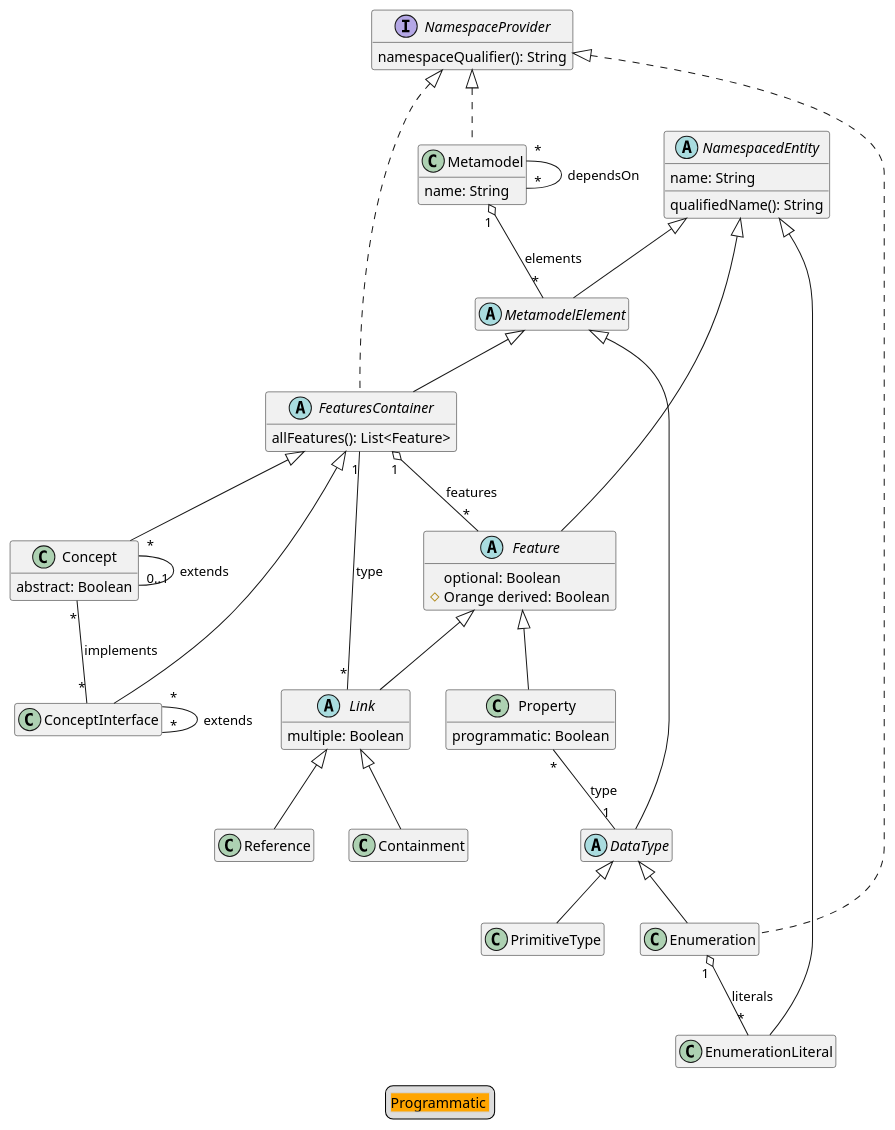
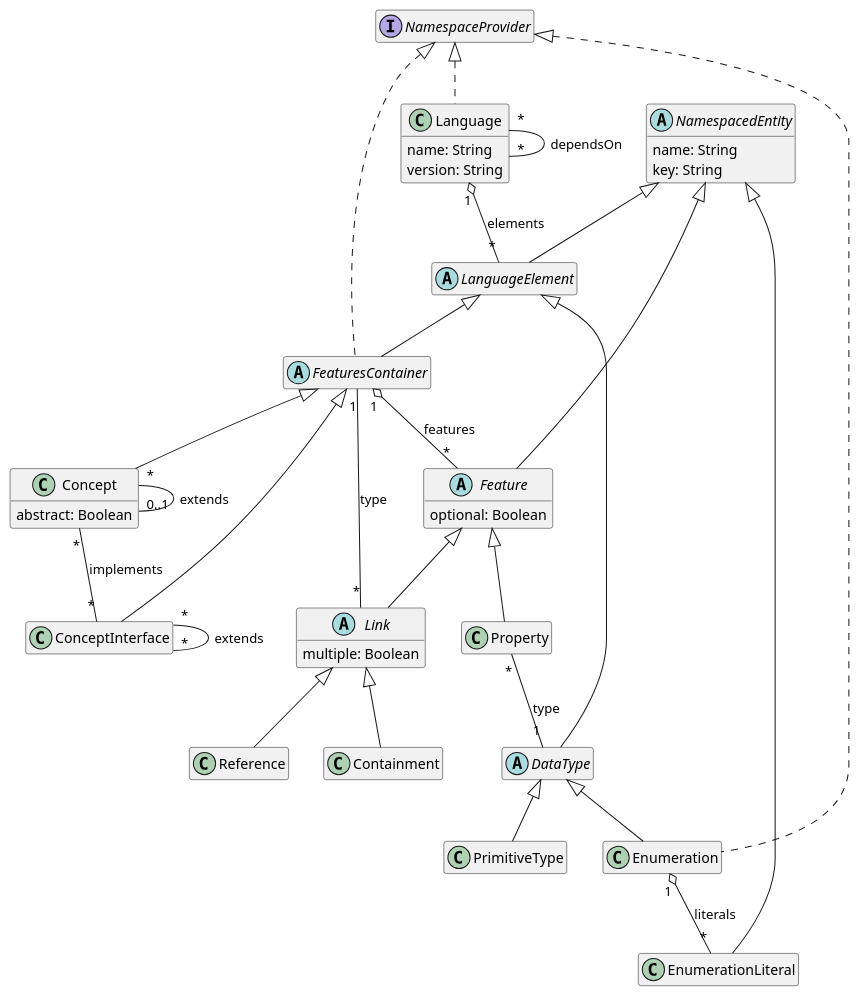
The diagram in diagrams/metametamodel-gen.puml (LionWeb-io/lionweb-typescript), drawn with PlantUML before and after one commit. The commit also changed 58 other files, not shown here.

```diff
--- a/diagrams/metametamodel-gen.puml
+++ b/diagrams/metametamodel-gen.puml
@@ -1,83 +1,73 @@
 @startuml
 hide empty members
 
 ' qualified name: "LIonCore.M3"
 
 
 class Concept extends FeaturesContainer {
   abstract: Boolean
 }
 
 class ConceptInterface extends FeaturesContainer
 
 class Containment extends Link
 
-abstract class DataType extends MetamodelElement
+abstract class DataType extends LanguageElement
 
 class Enumeration extends DataType implements NamespaceProvider
 
 class EnumerationLiteral extends NamespacedEntity
 
 abstract class Feature extends NamespacedEntity {
   optional: Boolean
-  #Orange derived: Boolean
 }
 
-abstract class FeaturesContainer extends MetamodelElement implements NamespaceProvider {
-  allFeatures(): List<Feature>
+abstract class FeaturesContainer extends LanguageElement implements NamespaceProvider
+
+class Language implements NamespaceProvider {
+  name: String
+  version: String
 }
+
+abstract class LanguageElement extends NamespacedEntity
 
 abstract class Link extends Feature {
   multiple: Boolean
 }
 
-class Metamodel implements NamespaceProvider {
-  name: String
-}
-
-abstract class MetamodelElement extends NamespacedEntity
-
-interface NamespaceProvider {
-  namespaceQualifier(): String
-}
-
+interface NamespaceProvider
 abstract class NamespacedEntity {
   name: String
-  qualifiedName(): String
+  key: String
 }
 
 class PrimitiveType extends DataType
 
-class Property extends Feature {
-  programmatic: Boolean
-}
+class Property extends Feature
 
 class Reference extends Link
 
 
 
 ' relations:
 
 Concept "*" -- "0..1" Concept: extends
 Concept "*" -- "*" ConceptInterface: implements
 ConceptInterface "*" -- "*" ConceptInterface: extends
 
 
 Enumeration "1" o-- "*" EnumerationLiteral: literals
 
 
 FeaturesContainer "1" o-- "*" Feature: features
+Language "1" o-- "*" LanguageElement: elements
+Language "*" -- "*" Language: dependsOn
+
 Link "*" -- "1" FeaturesContainer: type
-Metamodel "1" o-- "*" MetamodelElement: elements
-Metamodel "*" -- "*" Metamodel: dependsOn
-
 
 
 
 Property "*" -- "1" DataType: type
 
 
-legend
-  <#LightGray,#LightGray>| <#Orange>Programmatic |
-end legend
 @enduml
```
